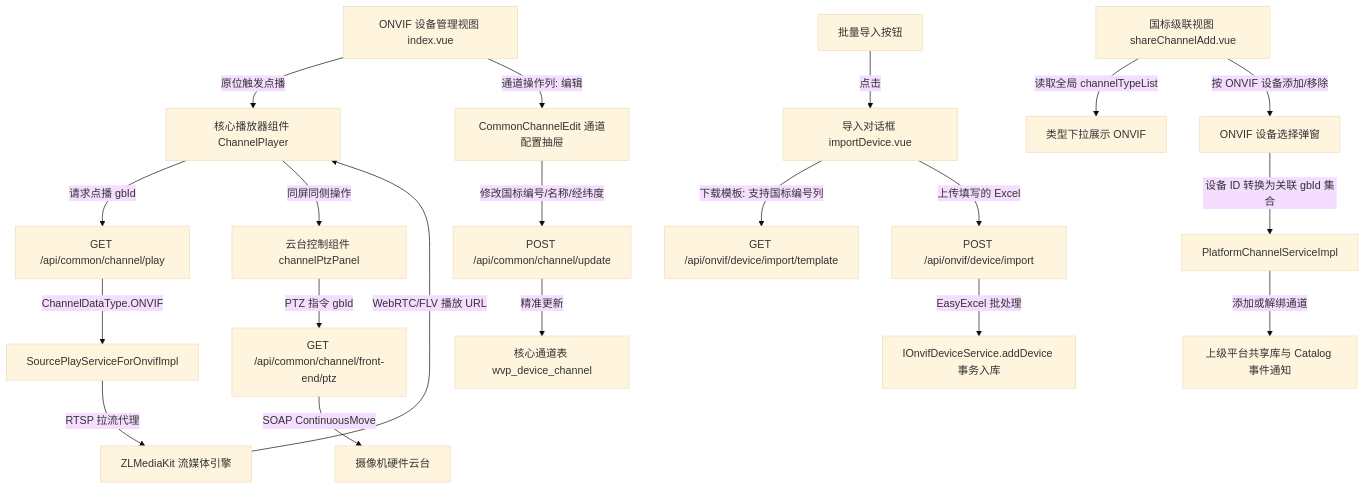
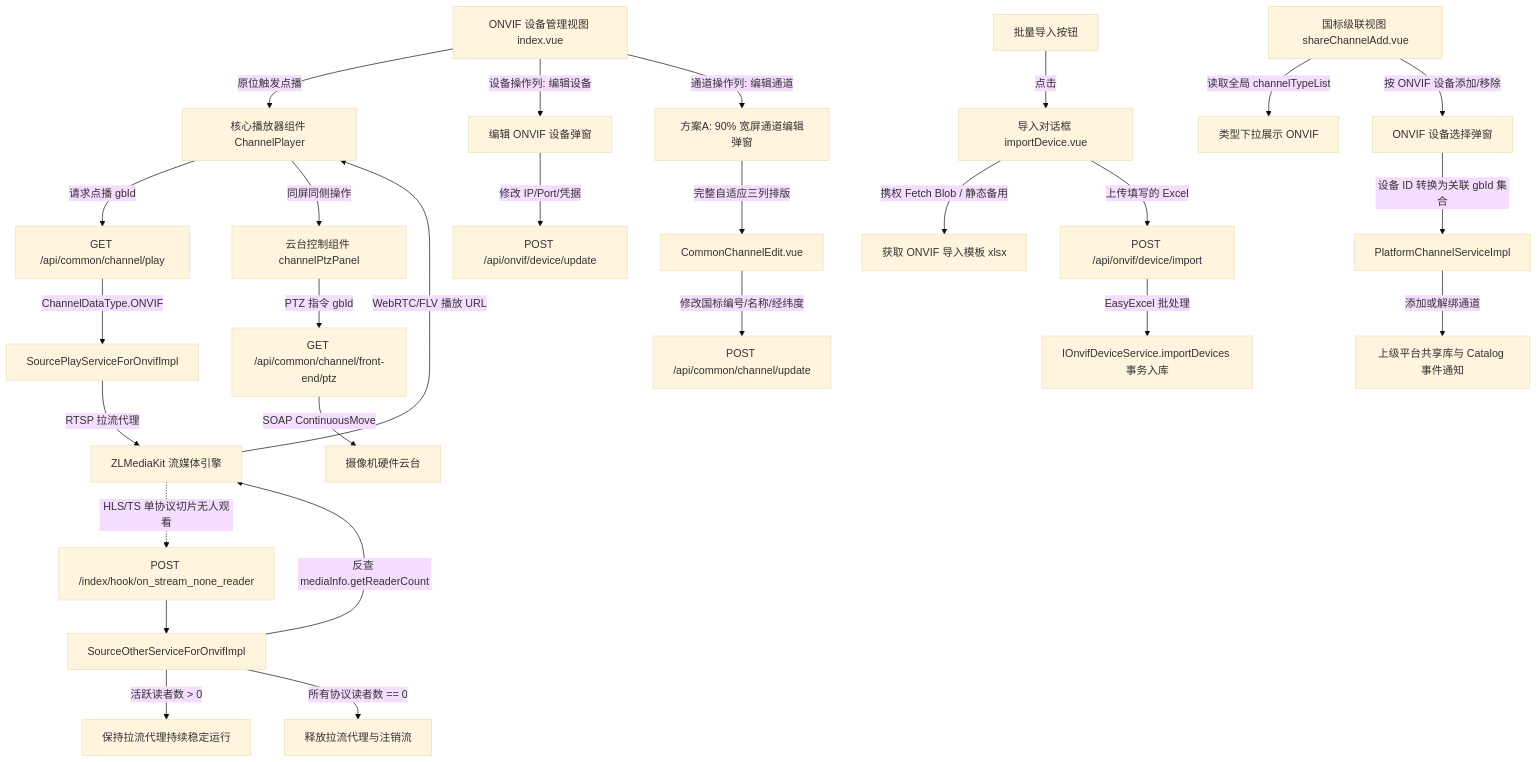
The diagram in doc/reaticle_docs/debug/2026-09-09-onvif-debug-optimization-plan.md (TREYWANGCQU/wvp-GB28181-pro), drawn with Mermaid (base theme) before and after one commit. The commit also changed other lines of this file and 4 other files, not shown here.

Commit message:
feat: implement ONVIF device management interface and backend service support

````diff
--- a/doc/reaticle_docs/debug/2026-09-09-onvif-debug-optimization-plan.md
+++ b/doc/reaticle_docs/debug/2026-09-09-onvif-debug-optimization-plan.md
@@ -82,25 +88,34 @@
 ```mermaid
 graph TD
     A[ONVIF 设备管理视图 index.vue] -->|原位触发点播| B[核心播放器组件 ChannelPlayer]
     B -->|请求点播 gbId| C[GET /api/common/channel/play]
     C -->|ChannelDataType.ONVIF| D[SourcePlayServiceForOnvifImpl]
     D -->|RTSP 拉流代理| E[ZLMediaKit 流媒体引擎]
     E -->|WebRTC/FLV 播放 URL| B
     B -->|同屏同侧操作| F[云台控制组件 channelPtzPanel]
     F -->|PTZ 指令 gbId| G[GET /api/common/channel/front-end/ptz]
     G -->|SOAP ContinuousMove| H[摄像机硬件云台]
 
-    A -->|通道操作列: 编辑| I[CommonChannelEdit 通道配置抽屉]
-    I -->|修改国标编号/名称/经纬度| J[POST /api/common/channel/update]
-    J -->|精准更新| K[核心通道表 wvp_device_channel]
+    E -.->|HLS/TS 单协议切片无人观看| I[POST /index/hook/on_stream_none_reader]
+    I --> J[SourceOtherServiceForOnvifImpl]
+    J -->|反查 mediaInfo.getReaderCount| E
+    J -->|活跃读者数 > 0| K[保持拉流代理持续稳定运行]
+    J -->|所有协议读者数 == 0| L[释放拉流代理与注销流]
 
-    L[批量导入按钮] -->|点击| M[导入对话框 importDevice.vue]
-    M -->|下载模板: 支持国标编号列| N[GET /api/onvif/device/import/template]
-    M -->|上传填写的 Excel| O[POST /api/onvif/device/import]
-    O -->|EasyExcel 批处理| P[IOnvifDeviceService.addDevice 事务入库]
+    A -->|设备操作列: 编辑设备| M[编辑 ONVIF 设备弹窗]
+    M -->|修改 IP/Port/凭据| N[POST /api/onvif/device/update]
+    
+    A -->|通道操作列: 编辑通道| O[方案A: 90% 宽屏通道编辑弹窗]
+    O -->|完整自适应三列排版| P[CommonChannelEdit.vue]
+    P -->|修改国标编号/名称/经纬度| Q[POST /api/common/channel/update]
 
-    Q[国标级联视图 shareChannelAdd.vue] -->|读取全局 channelTypeList| R[类型下拉展示 ONVIF]
-    Q -->|按 ONVIF 设备添加/移除| S[ONVIF 设备选择弹窗]
-    S -->|设备 ID 转换为关联 gbId 集合| T[PlatformChannelServiceImpl]
-    T -->|添加或解绑通道| U[上级平台共享库与 Catalog 事件通知]
+    R[批量导入按钮] -->|点击| S[导入对话框 importDevice.vue]
+    S -->|携权 Fetch Blob / 静态备用| T[获取 ONVIF 导入模板 xlsx]
+    S -->|上传填写的 Excel| U[POST /api/onvif/device/import]
+    U -->|EasyExcel 批处理| V[IOnvifDeviceService.importDevices 事务入库]
+
+    W[国标级联视图 shareChannelAdd.vue] -->|读取全局 channelTypeList| X[类型下拉展示 ONVIF]
+    W -->|按 ONVIF 设备添加/移除| Y[ONVIF 设备选择弹窗]
+    Y -->|设备 ID 转换为关联 gbId 集合| Z[PlatformChannelServiceImpl]
+    Z -->|添加或解绑通道| AA[上级平台共享库与 Catalog 事件通知]
 ```
````
